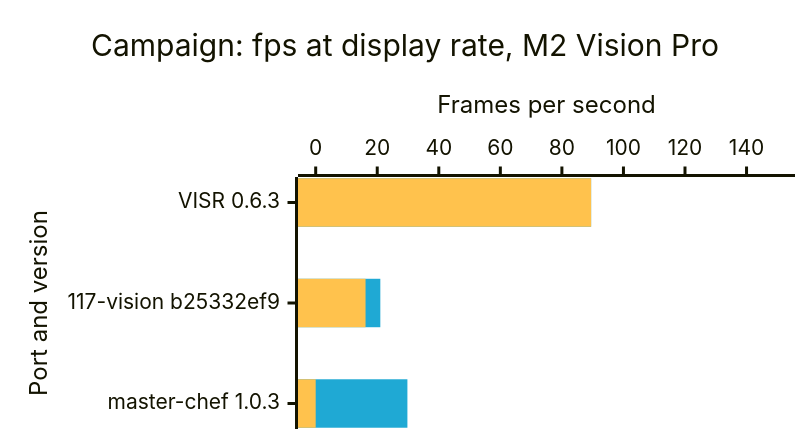
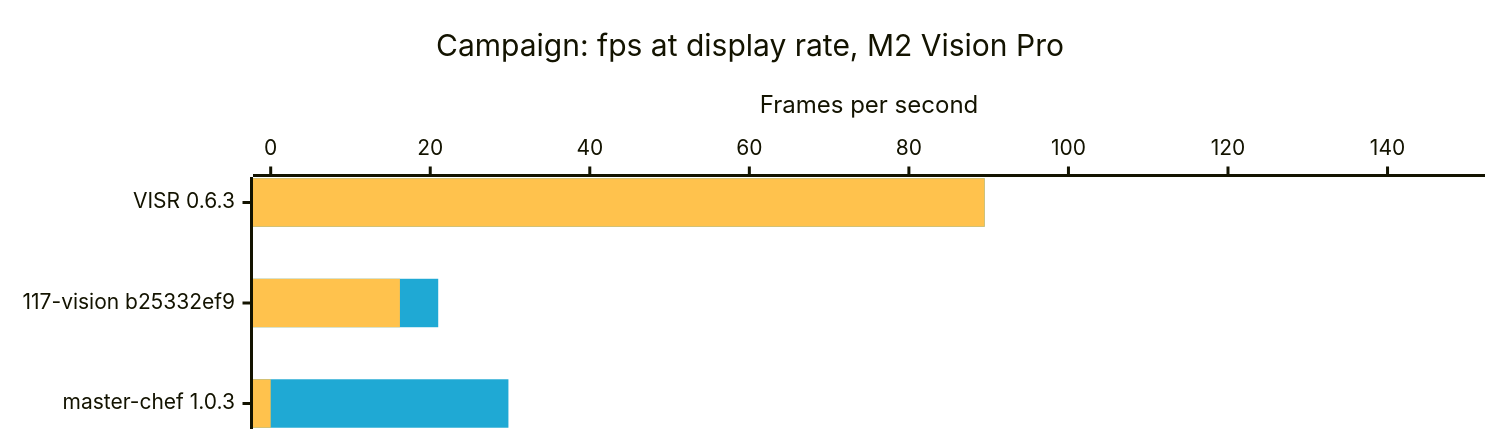
One commit to VISR-CE/visr changed the seventh of 7 diagrams in docs/benchmarks.md. Above: the diagram before and after it, drawn with Mermaid. The commit also changed other lines of this file and 5 other files, not shown here.

First line of the commit message:
💄 style(benchmarks): draw the Vision Pro chart in the home page visor shape — `GLASS_PATH` takes the visor outline with a gold rim, and the chart widens to fill it

````diff
--- a/docs/benchmarks.md
+++ b/docs/benchmarks.md
@@ -196,17 +196,17 @@
 ```mermaid
 ---
 config:
   xyChart:
-    width: 520
+    width: 980
     height: 276
   themeVariables:
     xyChart:
       plotColorPalette: "#1fa9d4, #ffc24d"
 ---
 xychart-beta horizontal
     title "Campaign: fps at display rate, M2 Vision Pro"
-    x-axis "Port and version" ["VISR 0.6.3", "117-vision b25332ef9", "master-chef 1.0.3"]
+    x-axis "" ["VISR 0.6.3", "117-vision b25332ef9", "master-chef 1.0.3"]
     y-axis "Frames per second" 0 --> 150
     bar [89.5, 21, 29.8]
     bar [89.5, 16.2, 0]
 ```
````
